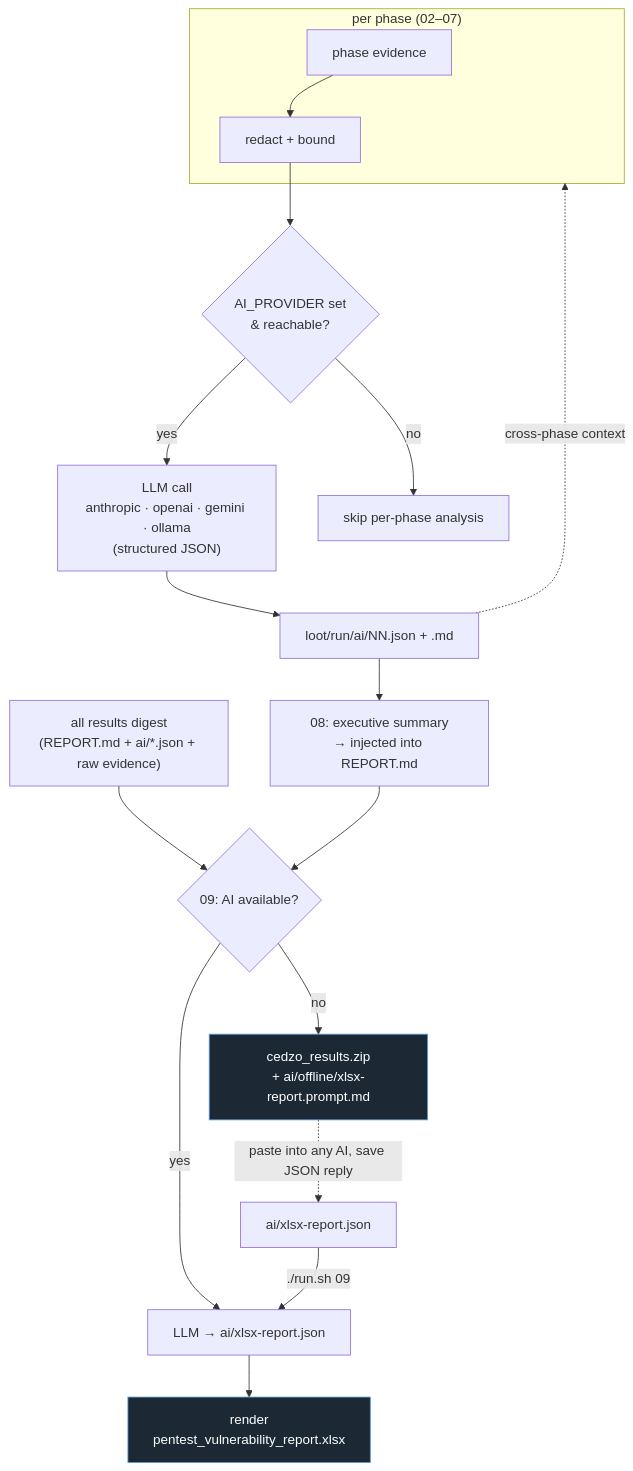
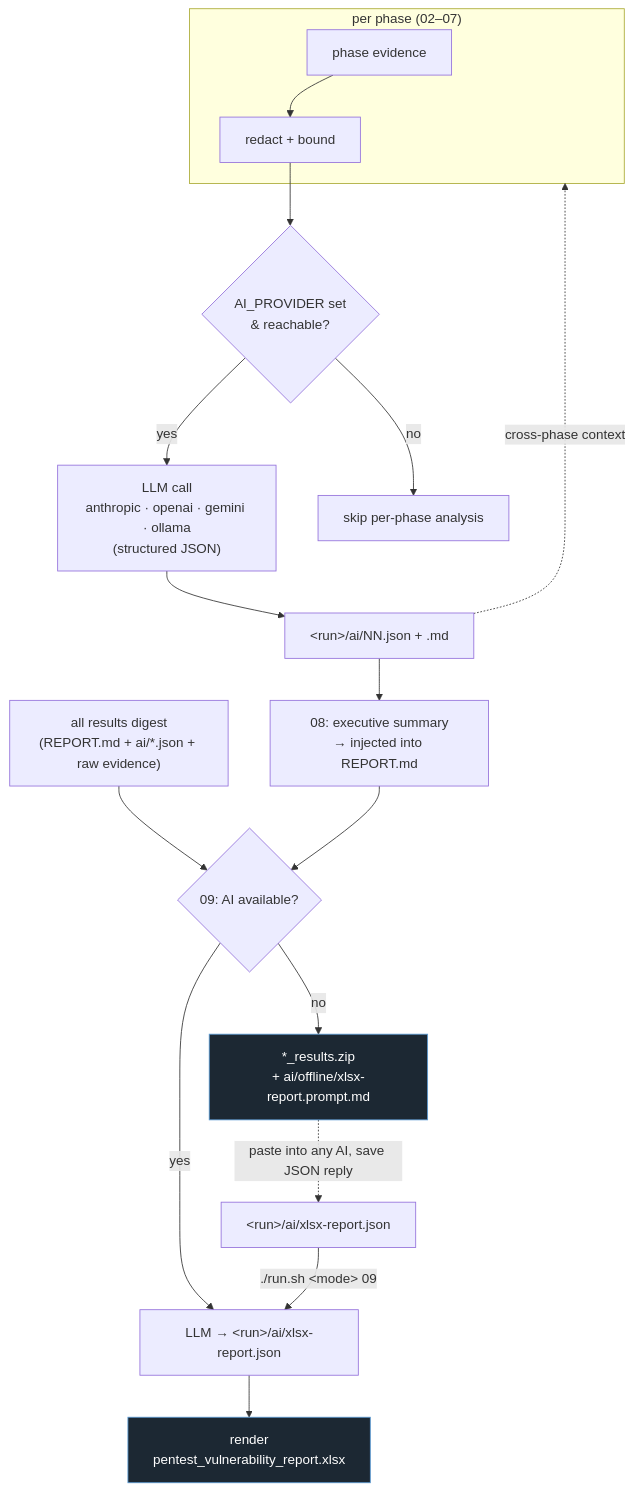
One commit to niyosh/cedzo changed the third of 3 diagrams in FLOWCHART.md. Above: the diagram before and after it, drawn with Mermaid. The commit also changed other lines of this file and 13 other files, not shown here.

````diff
--- a/FLOWCHART.md
+++ b/FLOWCHART.md
@@ -40,25 +65,25 @@
 ```mermaid
 flowchart TD
   subgraph PER["per phase (02–07)"]
     EV["phase evidence"] --> RED["redact + bound"]
   end
 
   RED --> Q{"AI_PROVIDER set<br/>& reachable?"}
   Q -->|yes| API["LLM call<br/>anthropic · openai · gemini · ollama<br/>(structured JSON)"]
-  API --> AIJSON["loot/run/ai/NN.json + .md"]
+  API --> AIJSON["&lt;run&gt;/ai/NN.json + .md"]
   AIJSON -. cross-phase context .-> PER
   Q -->|no| SKIP["skip per-phase analysis"]
 
   AIJSON --> P8AI["08: executive summary<br/>→ injected into REPORT.md"]
 
   ALL["all results digest<br/>(REPORT.md + ai/*.json + raw evidence)"] --> R9{"09: AI available?"}
   P8AI --> R9
-  R9 -->|yes| GEN["LLM → ai/xlsx-report.json"]
-  R9 -->|no| OFF["cedzo_results.zip<br/>+ ai/offline/xlsx-report.prompt.md"]
-  OFF -. paste into any AI, save JSON reply .-> SAVE["ai/xlsx-report.json"]
-  SAVE -->|./run.sh 09| GEN
+  R9 -->|yes| GEN["LLM → &lt;run&gt;/ai/xlsx-report.json"]
+  R9 -->|no| OFF["*_results.zip<br/>+ ai/offline/xlsx-report.prompt.md"]
+  OFF -. paste into any AI, save JSON reply .-> SAVE["&lt;run&gt;/ai/xlsx-report.json"]
+  SAVE -->|./run.sh &lt;mode&gt; 09| GEN
   GEN --> XLSX["render<br/>pentest_vulnerability_report.xlsx"]
 
   classDef out fill:#1c2833,stroke:#5b9bd5,color:#fff;
   class XLSX,OFF out;
 ```
````
